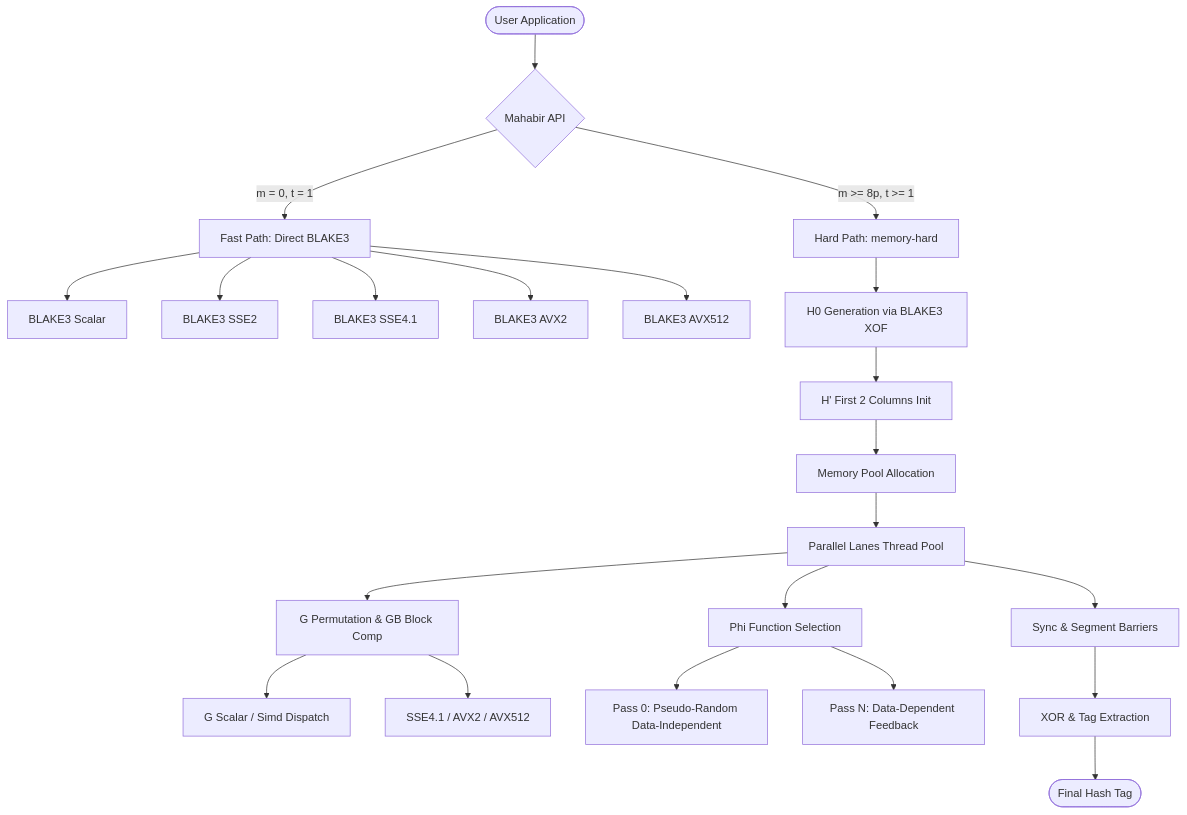
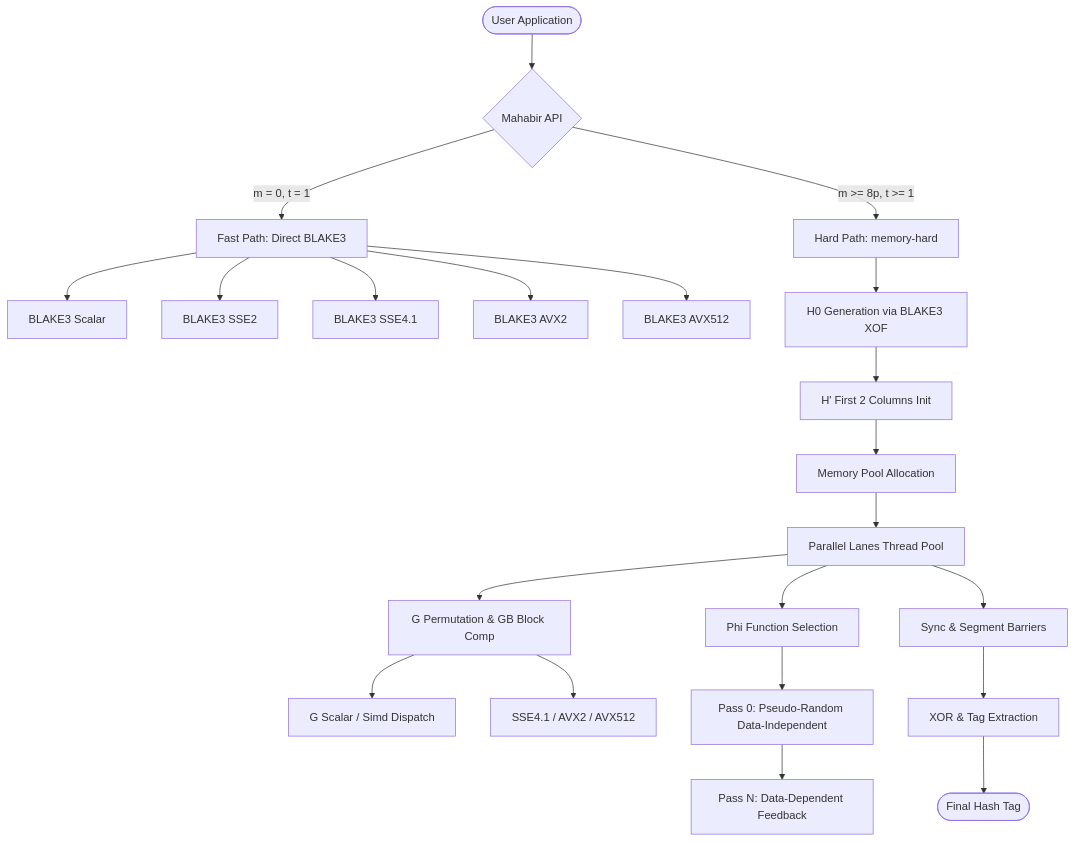
Before and after one commit to UtkarshaLab/mahabir: the diagram in README.md, drawn with Mermaid. The commit also changed other lines of this file, not shown here.

````diff
--- a/README.md
+++ b/README.md
@@ -72,31 +87,31 @@
 ```mermaid
 graph TD
     User([User Application]) --> API{Mahabir API}
     
     %% Fast Path
     API -->|m = 0, t = 1| Fast[Fast Path: Direct BLAKE3]
     Fast --> B3_Scalar[BLAKE3 Scalar]
     Fast --> B3_SSE2[BLAKE3 SSE2]
     Fast --> B3_SSE41[BLAKE3 SSE4.1]
     Fast --> B3_AVX2[BLAKE3 AVX2]
     Fast --> B3_AVX512[BLAKE3 AVX512]
     
     %% Hard Path
     API -->|m >= 8p, t >= 1| Hard[Hard Path: memory-hard]
     Hard --> Init[H0 Generation via BLAKE3 XOF]
     Init --> FillInit[H' First 2 Columns Init]
     FillInit --> MMap[Memory Pool Allocation]
     
     MMap --> Threads[Parallel Lanes Thread Pool]
     Threads --> StepG[G Permutation & GB Block Comp]
     StepG --> ScalarG[G Scalar / Simd Dispatch]
     StepG --> SimdG[SSE4.1 / AVX2 / AVX512]
     
     Threads --> Phi[Phi Function Selection]
     Phi --> Pass0[Pass 0: Pseudo-Random Data-Independent]
-    Phi --> PassN[Pass N: Data-Dependent Feedback]
+    Pass0 --> PassN[Pass N: Data-Dependent Feedback]
     
     Threads --> Sync[Sync & Segment Barriers]
     Sync --> Finalize[XOR & Tag Extraction]
     Finalize --> Output([Final Hash Tag])
 ```
````
